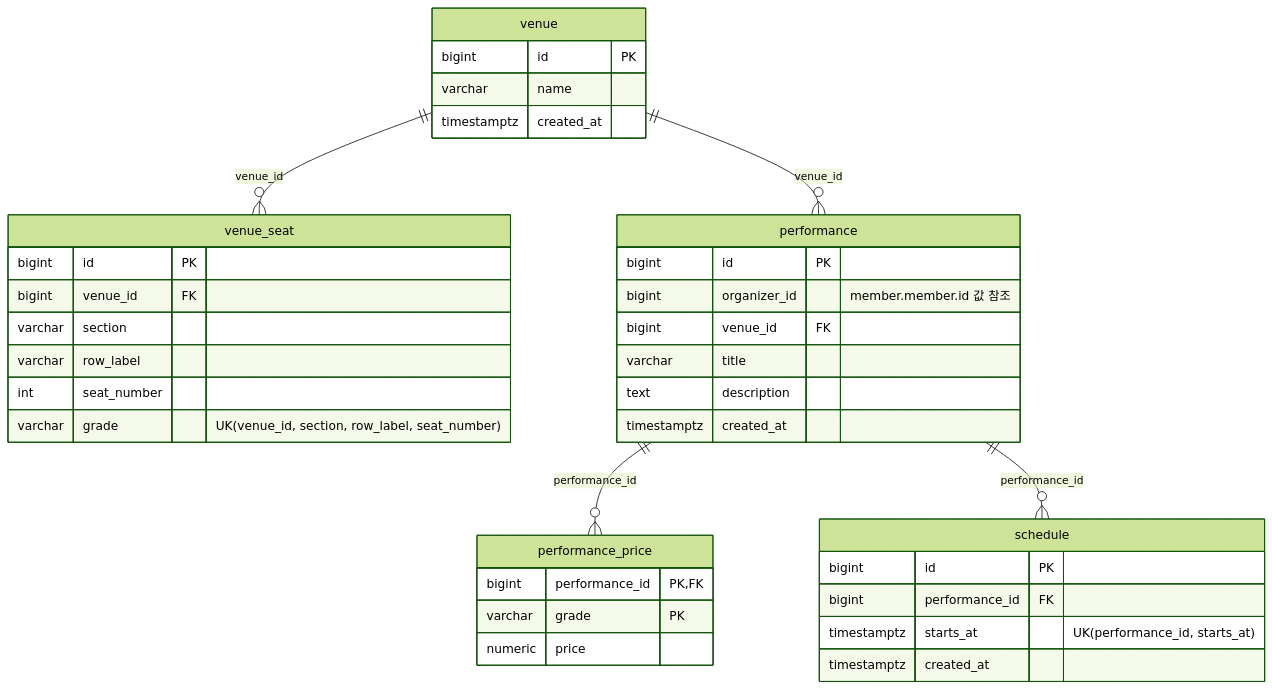
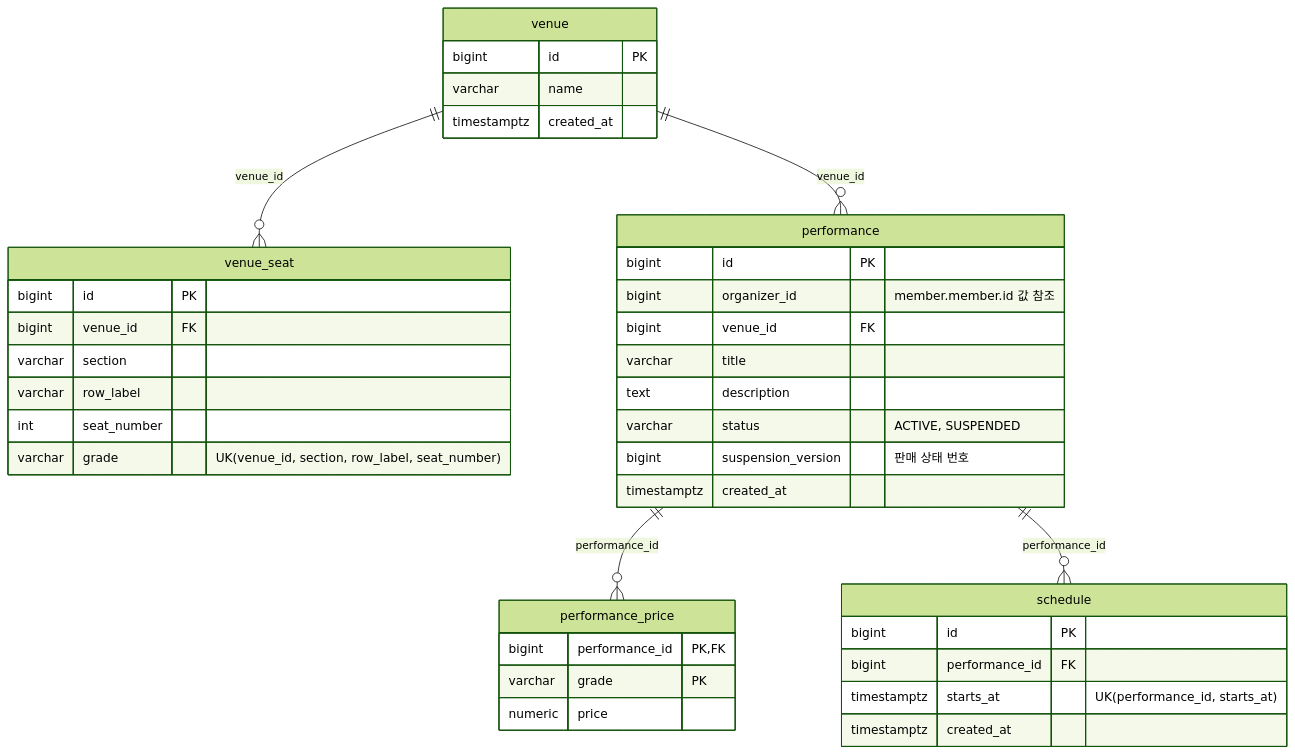
The second of 7 diagrams in docs/architecture/erd.md (jkonury/ticketing), drawn with Mermaid (forest theme) before and after one commit. The commit also changed other lines of this file and 9 other files, not shown here.

````diff
--- a/docs/architecture/erd.md
+++ b/docs/architecture/erd.md
@@ -47,39 +48,41 @@
 ```mermaid
 erDiagram
     venue ||--o{ venue_seat : "venue_id"
     venue ||--o{ performance : "venue_id"
     performance ||--o{ performance_price : "performance_id"
     performance ||--o{ schedule : "performance_id"
     venue {
         bigint id PK
         varchar name
         timestamptz created_at
     }
     venue_seat {
         bigint id PK
         bigint venue_id FK
         varchar section
         varchar row_label
         int seat_number
         varchar grade "UK(venue_id, section, row_label, seat_number)"
     }
     performance {
         bigint id PK
         bigint organizer_id "member.member.id 값 참조"
         bigint venue_id FK
         varchar title
         text description
+        varchar status "ACTIVE, SUSPENDED"
+        bigint suspension_version "판매 상태 번호"
         timestamptz created_at
     }
     performance_price {
         bigint performance_id PK, FK
         varchar grade PK
         numeric price
     }
     schedule {
         bigint id PK
         bigint performance_id FK
         timestamptz starts_at "UK(performance_id, starts_at)"
         timestamptz created_at
     }
 ```
````
